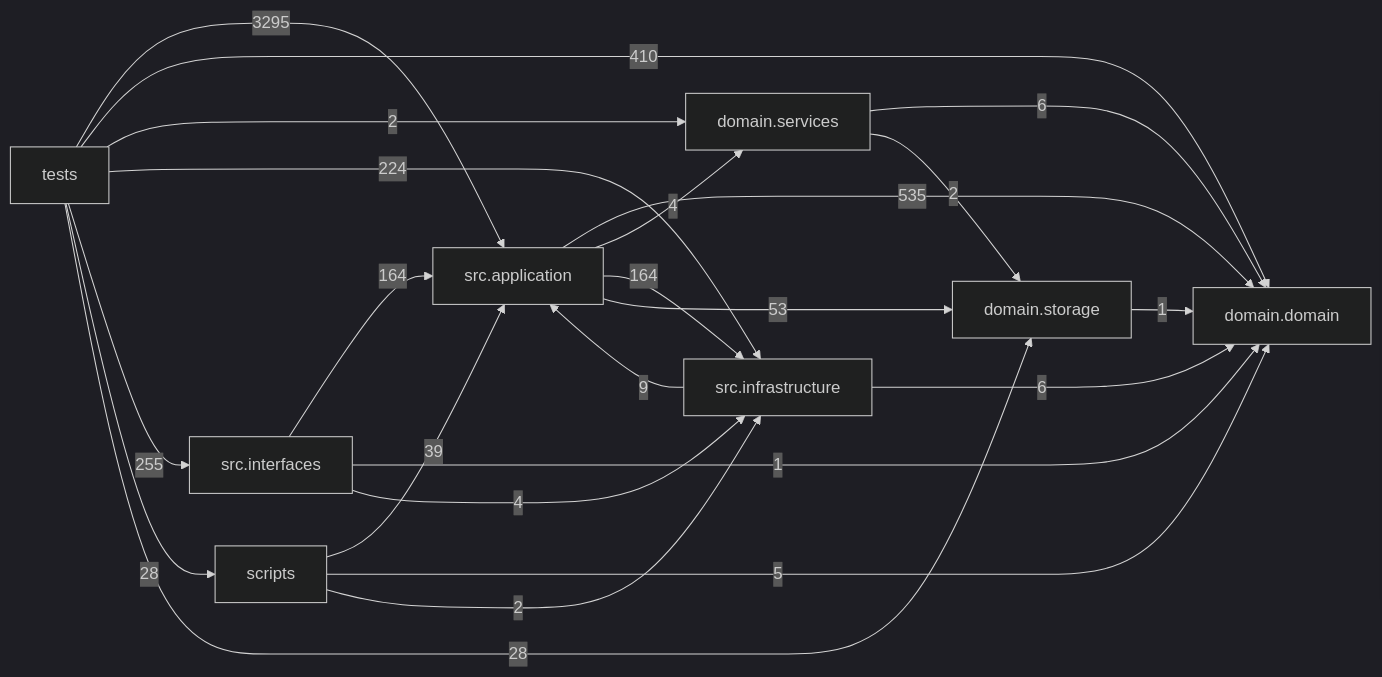
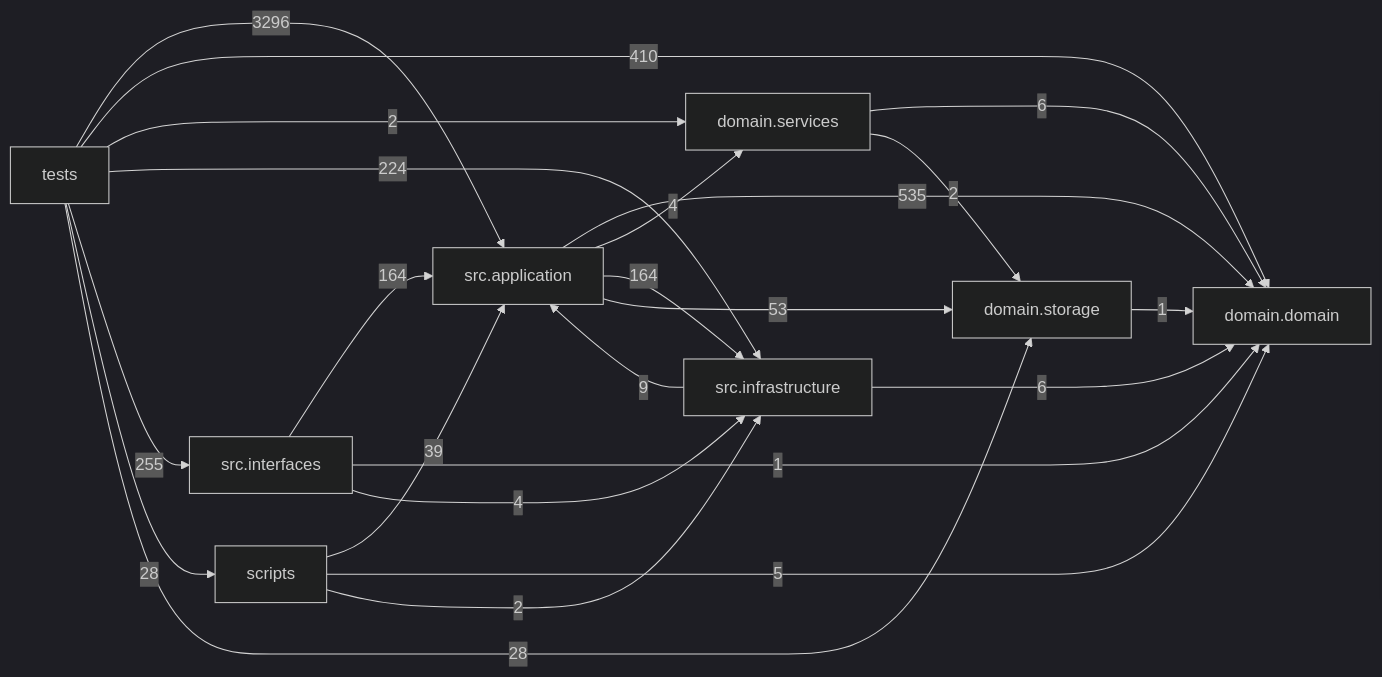
Before and after one commit to liuxie066/options-monitor: the diagram in docs/DEPENDENCY_GRAPH.md, drawn with Mermaid (dark theme). The commit also changed other lines of this file and 7 other files, not shown here.

````diff
--- a/docs/DEPENDENCY_GRAPH.md
+++ b/docs/DEPENDENCY_GRAPH.md
@@ -24,33 +24,33 @@
 ```mermaid
 flowchart LR
   tests["tests"]
   scripts["scripts"]
   interfaces["src.interfaces"]
   application["src.application"]
   infrastructure["src.infrastructure"]
   domain_services["domain.services"]
   domain["domain.domain"]
   storage["domain.storage"]
   application -->|535| domain
   application -->|4| domain_services
   application -->|164| infrastructure
   application -->|53| storage
   domain_services -->|6| domain
   domain_services -->|2| storage
   infrastructure -->|9| application
   infrastructure -->|6| domain
   interfaces -->|164| application
   interfaces -->|1| domain
   interfaces -->|4| infrastructure
   scripts -->|39| application
   scripts -->|5| domain
   scripts -->|2| infrastructure
   storage -->|1| domain
-  tests -->|3295| application
+  tests -->|3296| application
   tests -->|410| domain
   tests -->|2| domain_services
   tests -->|224| infrastructure
   tests -->|255| interfaces
   tests -->|28| scripts
   tests -->|28| storage
 ```
````
